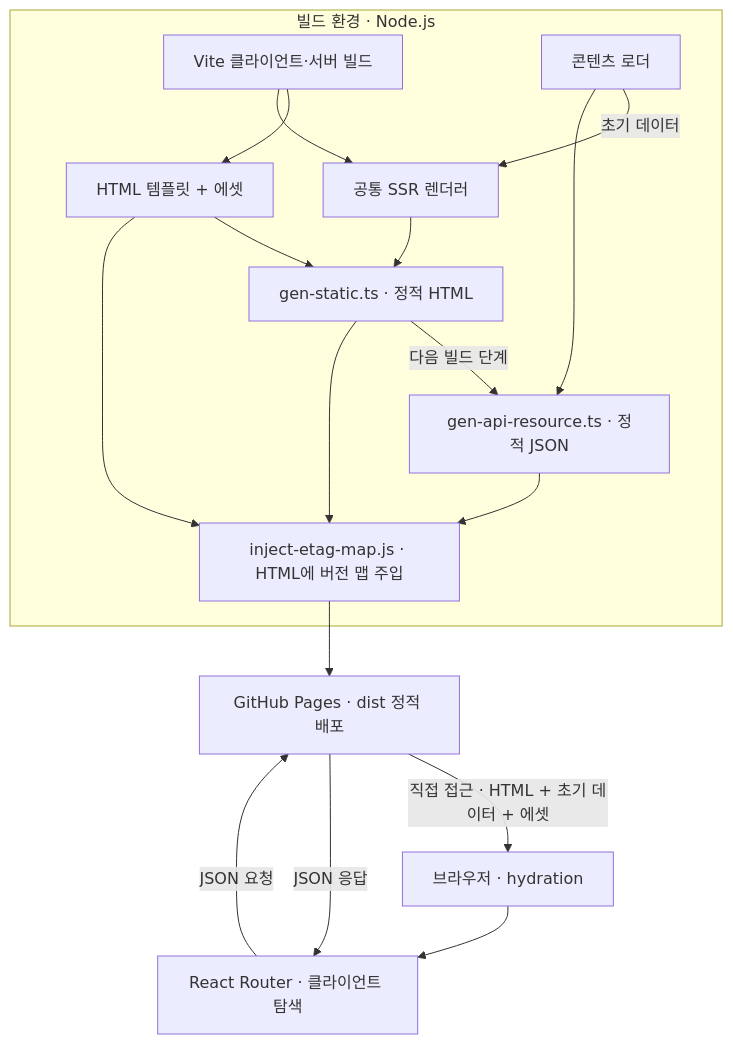
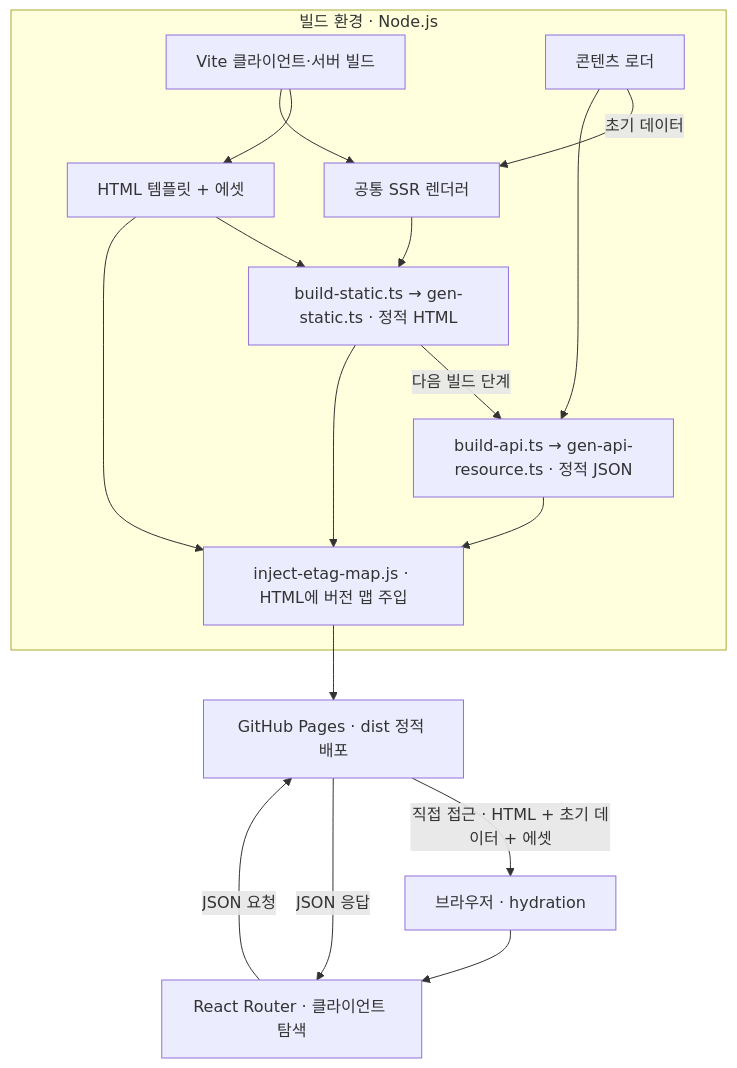
The diagram in docs/SSG.md (tomatoM4to/tomatoM4to.github.io), drawn with Mermaid before and after one commit. The commit also changed other lines of this file and 8 other files, not shown here.

````diff
--- a/docs/SSG.md
+++ b/docs/SSG.md
@@ -16,20 +17,20 @@
 ```mermaid
 flowchart TD
     subgraph Build["빌드 환경 · Node.js"]
         V["Vite 클라이언트·서버 빌드"] --> T["HTML 템플릿 + 에셋"]
         V --> R["공통 SSR 렌더러"]
         D["콘텐츠 로더"] -->|초기 데이터| R
-        R --> H["gen-static.ts · 정적 HTML"]
+        R --> H["build-static.ts → gen-static.ts · 정적 HTML"]
         T --> H
-        H -->|다음 빌드 단계| J["gen-api-resource.ts · 정적 JSON"]
+        H -->|다음 빌드 단계| J["build-api.ts → gen-api-resource.ts · 정적 JSON"]
         D --> J
         J --> M["inject-etag-map.js · HTML에 버전 맵 주입"]
         H --> M
         T --> M
     end
     M --> P["GitHub Pages · dist 정적 배포"]
     P -->|직접 접근 · HTML + 초기 데이터 + 에셋| B["브라우저 · hydration"]
     B --> C["React Router · 클라이언트 탐색"]
     C -->|JSON 요청| P
     P -->|JSON 응답| C
 ```
````
